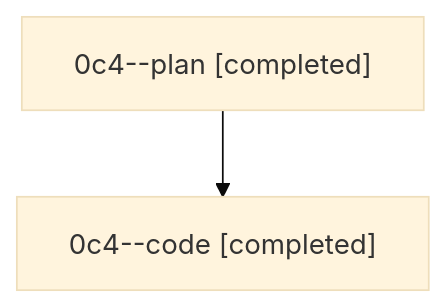
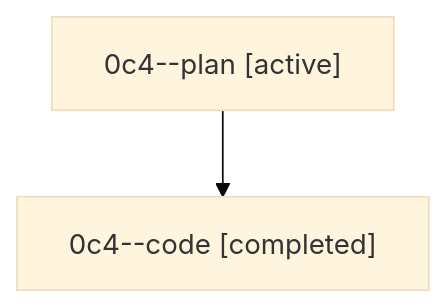
The diagram in families/bbugyi200.athena.0c4.md (sase-org/sase--agents), drawn with Mermaid (base theme) before and after one commit. The commit also changed other lines of this file and 35830 other files, not shown here.

````diff
--- a/families/bbugyi200.athena.0c4.md
+++ b/families/bbugyi200.athena.0c4.md
@@ -9,6 +9,6 @@
 ```mermaid
 flowchart TD
-  n0["0c4--plan [completed]"]
+  n0["0c4--plan [active]"]
   n1["0c4--code [completed]"]
   n0 --> n1
 ```
````
